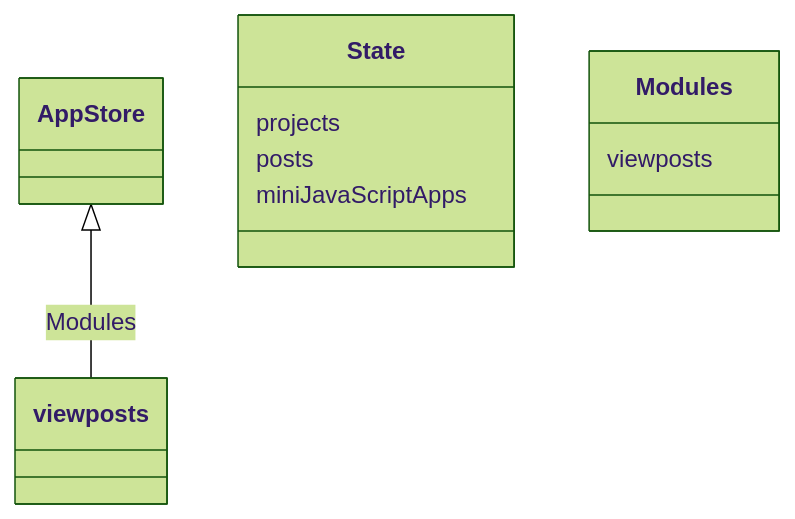
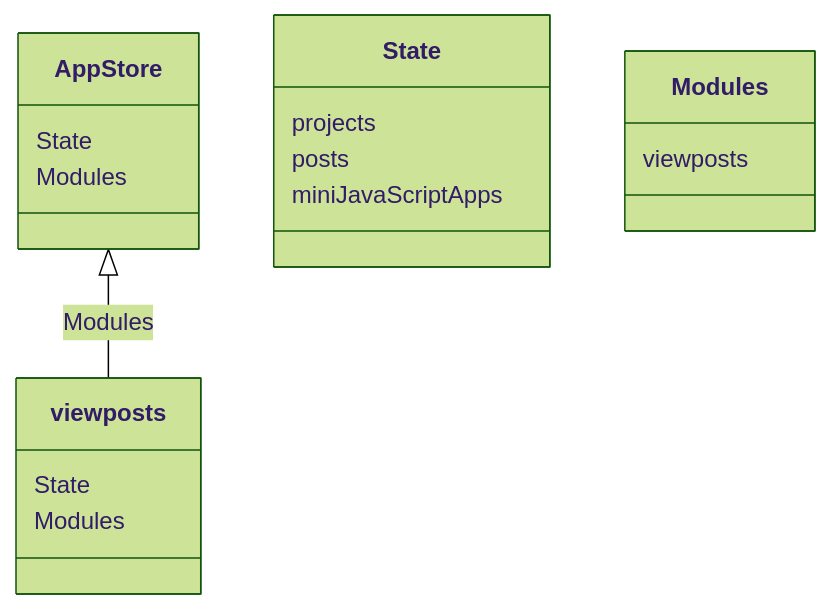
Before and after one commit to f2xiao/site: the first of 2 diagrams in README.md, drawn with Mermaid (forest theme).

````diff
--- a/README.md
+++ b/README.md
@@ -7,10 +7,14 @@
 ```mermaid
 classDiagram
   App Store <|-- viewposts : Modules
+  App Store : State
+  App Store : Modules
+  viewposts : State
+  viewposts : Modules
   class State
   State : projects
   State : posts
   State : miniJavaScriptApps
   class Modules
   Modules : viewposts
 ```
````
